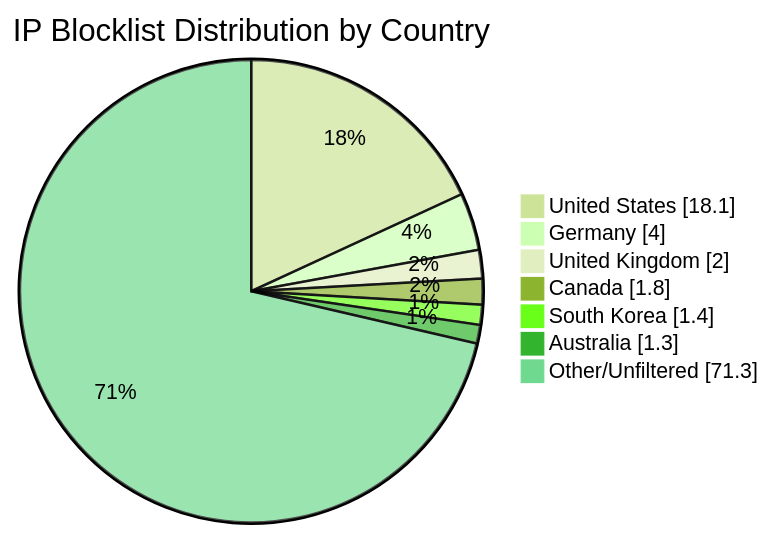
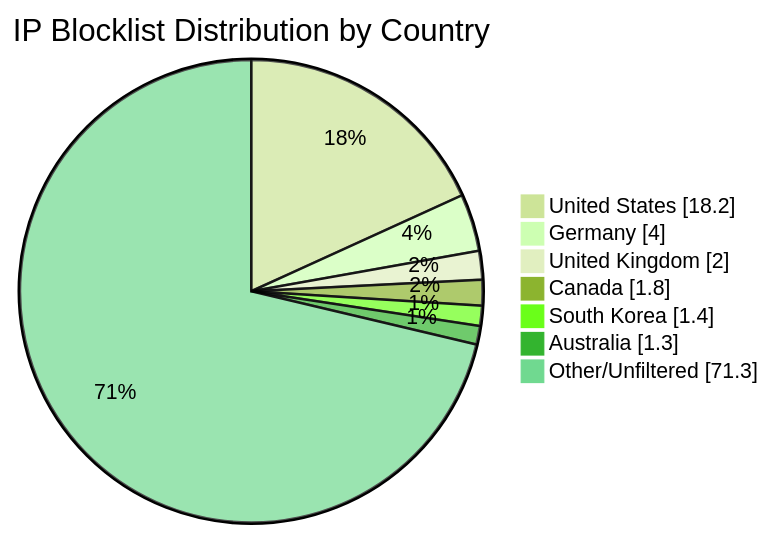
One commit to MarcusHoltz/ipblocklist-geofiltered-aggregator changed the diagram in README.md. Above: the diagram before and after it, drawn with Mermaid (forest theme). The commit also changed other lines of this file and 9 other files, not shown here.

````diff
--- a/README.md
+++ b/README.md
@@ -34,10 +34,10 @@
 ```mermaid
 pie showData title IP Blocklist Distribution by Country
-"United States" : 18.1
+"United States" : 18.2
 "Germany" : 4.0
 "United Kingdom" : 2.0
 "Canada" : 1.8
 "South Korea" : 1.4
 "Australia" : 1.3
 "Other/Unfiltered" : 71.3
 ```
````
